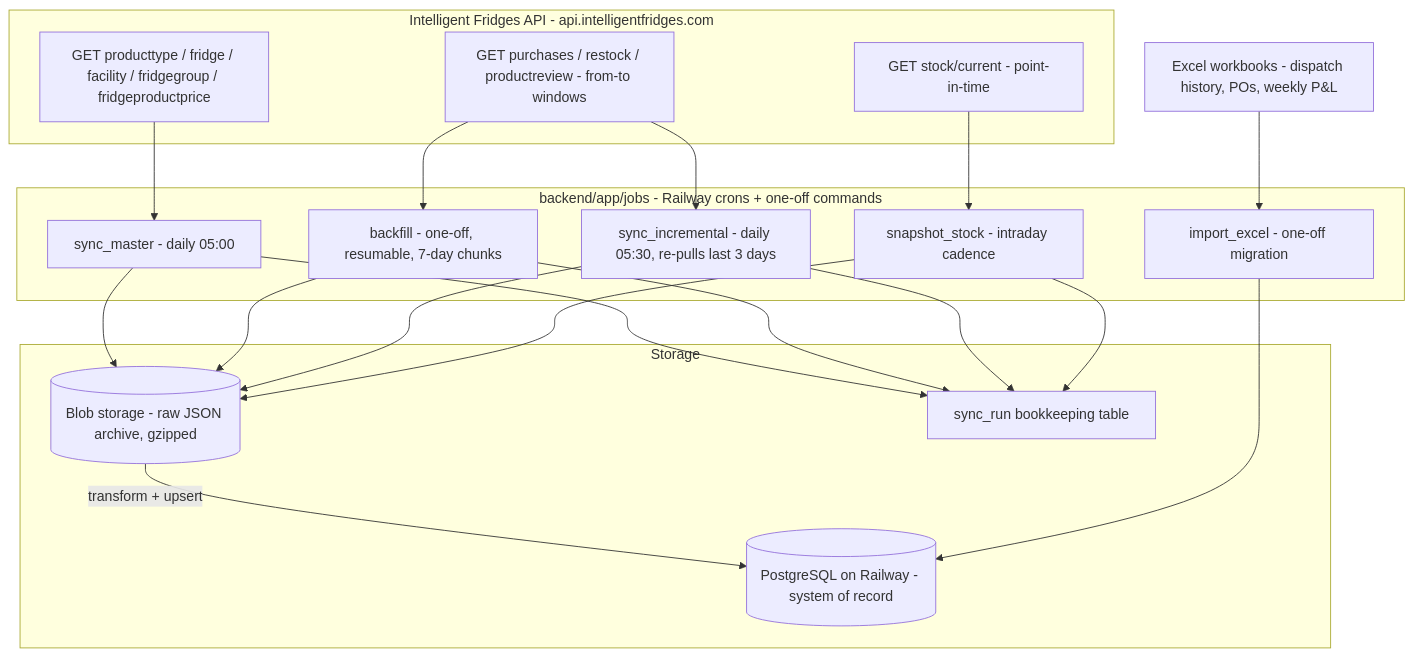
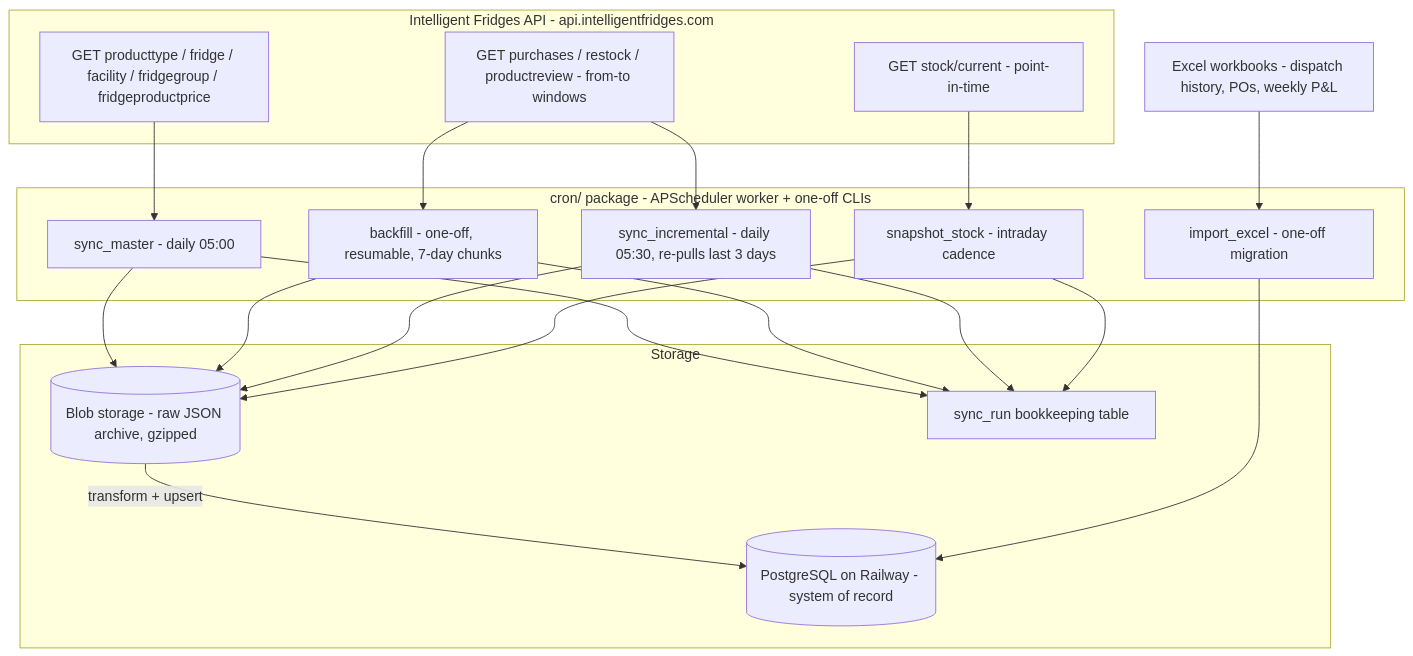
Before and after one commit to 1504168/frigoloco-web: the diagram in architecture/data-sync/README.md, drawn with Mermaid. The commit also changed other lines of this file and 1165 other files, not shown here.

````diff
--- a/architecture/data-sync/README.md
+++ b/architecture/data-sync/README.md
@@ -10,35 +10,35 @@
 ```mermaid
 flowchart TD
     subgraph API["Intelligent Fridges API - api.intelligentfridges.com"]
         EPM["GET producttype / fridge / facility / fridgegroup / fridgeproductprice"]
         EPE["GET purchases / restock / productreview - from-to windows"]
         EPS["GET stock/current - point-in-time"]
     end
-    subgraph JOBS["backend/app/jobs - Railway crons + one-off commands"]
+    subgraph JOBS["cron/ package - APScheduler worker + one-off CLIs"]
         MS["sync_master - daily 05:00"]
         BF["backfill - one-off, resumable, 7-day chunks"]
         DS["sync_incremental - daily 05:30, re-pulls last 3 days"]
         SS["snapshot_stock - intraday cadence"]
         IMP["import_excel - one-off migration"]
     end
     subgraph STORE["Storage"]
         BLOB[("Blob storage - raw JSON archive, gzipped")]
         PG[("PostgreSQL on Railway - system of record")]
         SR["sync_run bookkeeping table"]
     end
     XL["Excel workbooks - dispatch history, POs, weekly P&amp;L"] --> IMP
     EPM --> MS
     EPE --> BF
     EPE --> DS
     EPS --> SS
     MS --> BLOB
     BF --> BLOB
     DS --> BLOB
     SS --> BLOB
     BLOB -->|"transform + upsert"| PG
     IMP --> PG
     MS --> SR
     BF --> SR
     DS --> SR
     SS --> SR
 ```
````
